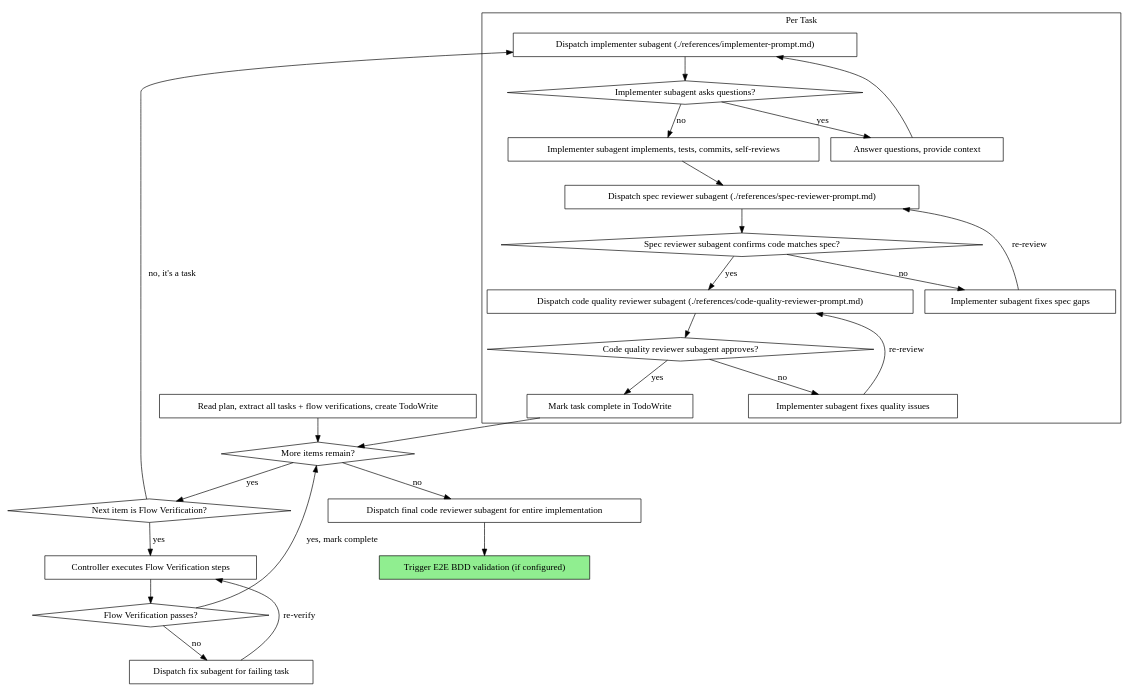
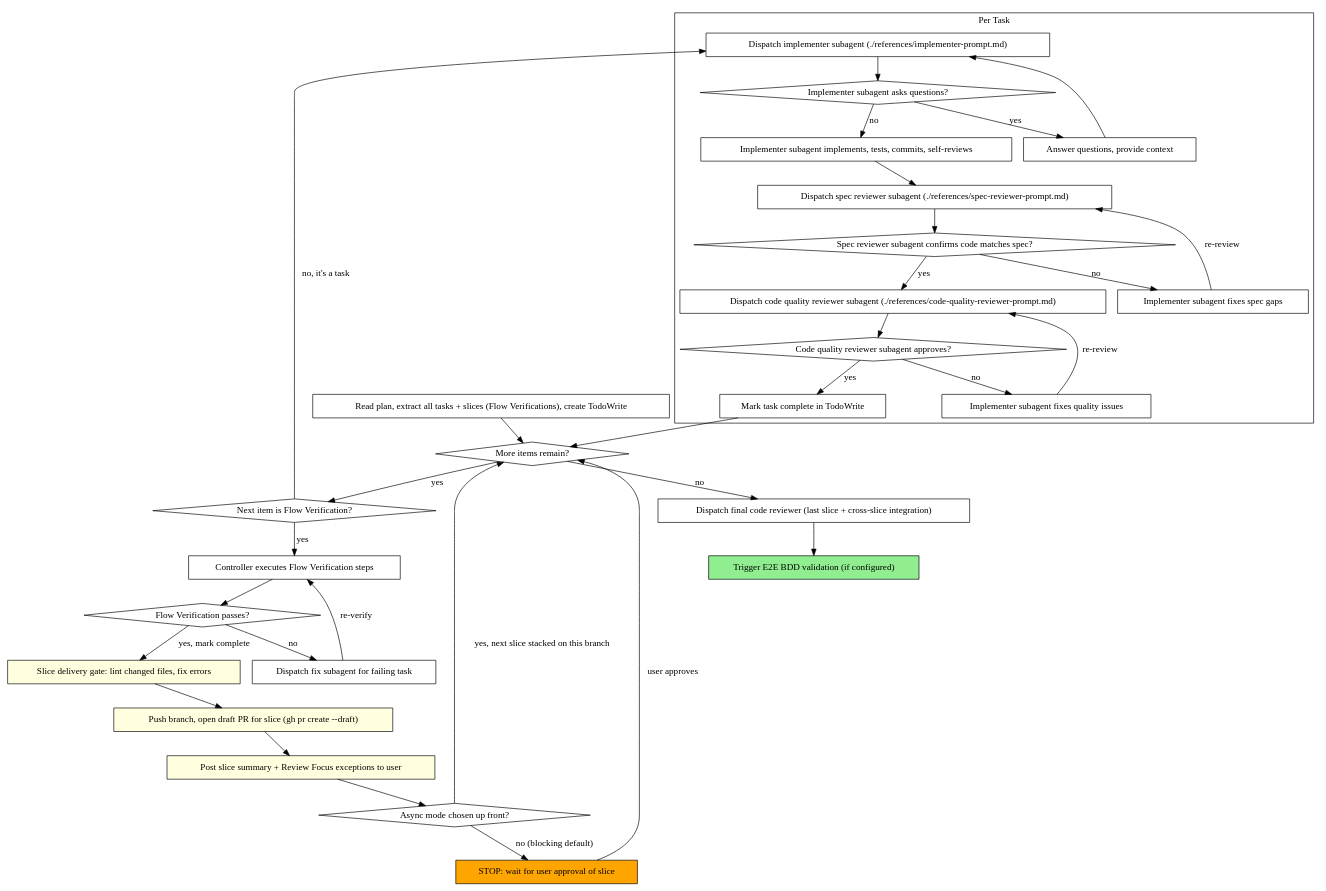
One commit to wei-yiting/coding-agent-skills changed the diagram in subagent-driven-development/SKILL.md. Above: the diagram before and after it, drawn with Graphviz. The commit also changed other lines of this file, not shown here.

First line of the commit message:
feat(subagent-driven-development): slice delivery gate with blocking/async modes

````diff
--- a/subagent-driven-development/SKILL.md
+++ b/subagent-driven-development/SKILL.md
@@ -37,54 +46,65 @@
 ```dot
 digraph process {
     rankdir=TB;
 
     subgraph cluster_per_task {
         label="Per Task";
         "Dispatch implementer subagent (./references/implementer-prompt.md)" [shape=box];
         "Implementer subagent asks questions?" [shape=diamond];
         "Answer questions, provide context" [shape=box];
         "Implementer subagent implements, tests, commits, self-reviews" [shape=box];
         "Dispatch spec reviewer subagent (./references/spec-reviewer-prompt.md)" [shape=box];
         "Spec reviewer subagent confirms code matches spec?" [shape=diamond];
         "Implementer subagent fixes spec gaps" [shape=box];
         "Dispatch code quality reviewer subagent (./references/code-quality-reviewer-prompt.md)" [shape=box];
         "Code quality reviewer subagent approves?" [shape=diamond];
         "Implementer subagent fixes quality issues" [shape=box];
         "Mark task complete in TodoWrite" [shape=box];
     }
 
-    "Read plan, extract all tasks + flow verifications, create TodoWrite" [shape=box];
+    "Read plan, extract all tasks + slices (Flow Verifications), create TodoWrite" [shape=box];
     "More items remain?" [shape=diamond];
     "Next item is Flow Verification?" [shape=diamond];
     "Controller executes Flow Verification steps" [shape=box];
     "Flow Verification passes?" [shape=diamond];
     "Dispatch fix subagent for failing task" [shape=box];
-    "Dispatch final code reviewer subagent for entire implementation" [shape=box];
+    "Slice delivery gate: lint changed files, fix errors" [shape=box style=filled fillcolor=lightyellow];
+    "Push branch, open draft PR for slice (gh pr create --draft)" [shape=box style=filled fillcolor=lightyellow];
+    "Post slice summary + Review Focus exceptions to user" [shape=box style=filled fillcolor=lightyellow];
+    "Async mode chosen up front?" [shape=diamond];
+    "STOP: wait for user approval of slice" [shape=box style=filled fillcolor=orange];
+    "Dispatch final code reviewer (last slice + cross-slice integration)" [shape=box];
     "Trigger E2E BDD validation (if configured)" [shape=box style=filled fillcolor=lightgreen];
 
-    "Read plan, extract all tasks + flow verifications, create TodoWrite" -> "More items remain?";
+    "Read plan, extract all tasks + slices (Flow Verifications), create TodoWrite" -> "More items remain?";
     "More items remain?" -> "Next item is Flow Verification?" [label="yes"];
     "Next item is Flow Verification?" -> "Controller executes Flow Verification steps" [label="yes"];
     "Controller executes Flow Verification steps" -> "Flow Verification passes?";
-    "Flow Verification passes?" -> "More items remain?" [label="yes, mark complete"];
+    "Flow Verification passes?" -> "Slice delivery gate: lint changed files, fix errors" [label="yes, mark complete"];
+    "Slice delivery gate: lint changed files, fix errors" -> "Push branch, open draft PR for slice (gh pr create --draft)";
+    "Push branch, open draft PR for slice (gh pr create --draft)" -> "Post slice summary + Review Focus exceptions to user";
+    "Post slice summary + Review Focus exceptions to user" -> "Async mode chosen up front?";
+    "Async mode chosen up front?" -> "More items remain?" [label="yes, next slice stacked on this branch"];
+    "Async mode chosen up front?" -> "STOP: wait for user approval of slice" [label="no (blocking default)"];
+    "STOP: wait for user approval of slice" -> "More items remain?" [label="user approves"];
     "Flow Verification passes?" -> "Dispatch fix subagent for failing task" [label="no"];
     "Dispatch fix subagent for failing task" -> "Controller executes Flow Verification steps" [label="re-verify"];
     "Next item is Flow Verification?" -> "Dispatch implementer subagent (./references/implementer-prompt.md)" [label="no, it's a task"];
     "Dispatch implementer subagent (./references/implementer-prompt.md)" -> "Implementer subagent asks questions?";
     "Implementer subagent asks questions?" -> "Answer questions, provide context" [label="yes"];
     "Answer questions, provide context" -> "Dispatch implementer subagent (./references/implementer-prompt.md)";
     "Implementer subagent asks questions?" -> "Implementer subagent implements, tests, commits, self-reviews" [label="no"];
     "Implementer subagent implements, tests, commits, self-reviews" -> "Dispatch spec reviewer subagent (./references/spec-reviewer-prompt.md)";
     "Dispatch spec reviewer subagent (./references/spec-reviewer-prompt.md)" -> "Spec reviewer subagent confirms code matches spec?";
     "Spec reviewer subagent confirms code matches spec?" -> "Implementer subagent fixes spec gaps" [label="no"];
     "Implementer subagent fixes spec gaps" -> "Dispatch spec reviewer subagent (./references/spec-reviewer-prompt.md)" [label="re-review"];
     "Spec reviewer subagent confirms code matches spec?" -> "Dispatch code quality reviewer subagent (./references/code-quality-reviewer-prompt.md)" [label="yes"];
     "Dispatch code quality reviewer subagent (./references/code-quality-reviewer-prompt.md)" -> "Code quality reviewer subagent approves?";
     "Code quality reviewer subagent approves?" -> "Implementer subagent fixes quality issues" [label="no"];
     "Implementer subagent fixes quality issues" -> "Dispatch code quality reviewer subagent (./references/code-quality-reviewer-prompt.md)" [label="re-review"];
     "Code quality reviewer subagent approves?" -> "Mark task complete in TodoWrite" [label="yes"];
     "Mark task complete in TodoWrite" -> "More items remain?";
-    "More items remain?" -> "Dispatch final code reviewer subagent for entire implementation" [label="no"];
-    "Dispatch final code reviewer subagent for entire implementation" -> "Trigger E2E BDD validation (if configured)";
+    "More items remain?" -> "Dispatch final code reviewer (last slice + cross-slice integration)" [label="no"];
+    "Dispatch final code reviewer (last slice + cross-slice integration)" -> "Trigger E2E BDD validation (if configured)";
 }
 ```
````
